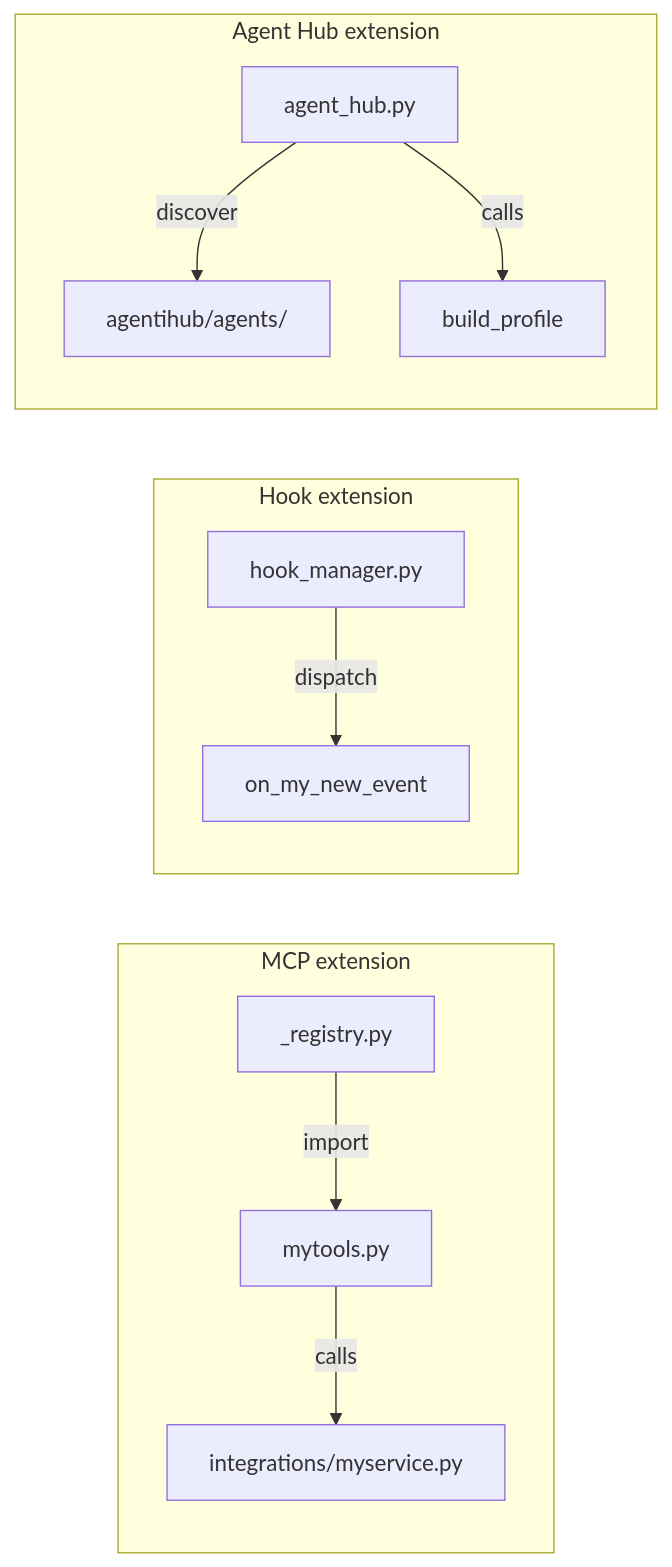
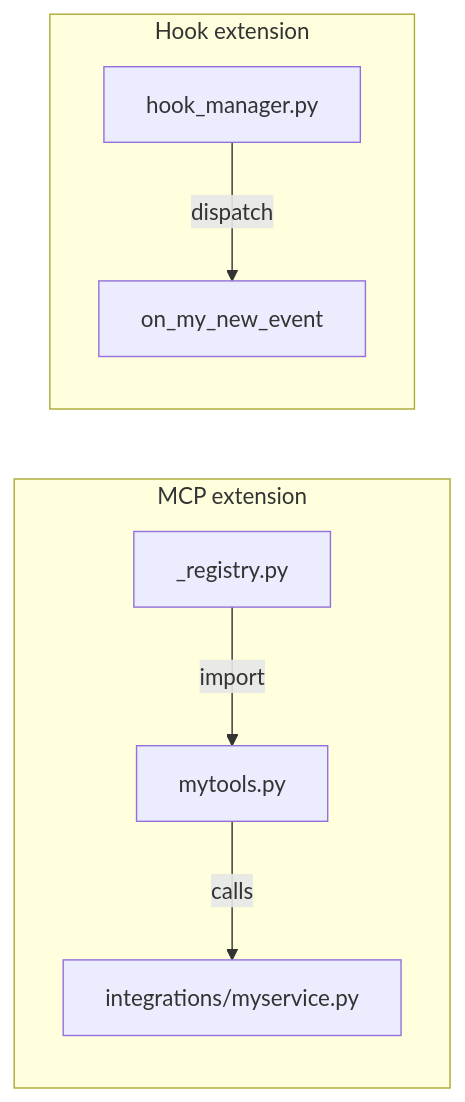
Before and after one commit to The-Cloud-Clock-Work/agentihooks: the diagram in docs/extending.md, drawn with Mermaid. The commit also changed other lines of this file and 5 other files, not shown here.

First line of the commit message:
docs: remove stale Agent Hub references

````diff
--- a/docs/extending.md
+++ b/docs/extending.md
@@ -218,16 +163,11 @@
 ```mermaid
 flowchart LR
     subgraph "MCP extension"
         R[_registry.py] -->|import| M[mytools.py]
         M -->|calls| I[integrations/myservice.py]
     end
 
     subgraph "Hook extension"
         HM[hook_manager.py] -->|dispatch| H[on_my_new_event]
     end
-
-    subgraph "Agent Hub extension"
-        AH[agent_hub.py] -->|discover| HUB[agentihub/agents/]
-        AH -->|calls| BP[build_profile]
-    end
 ```
````
